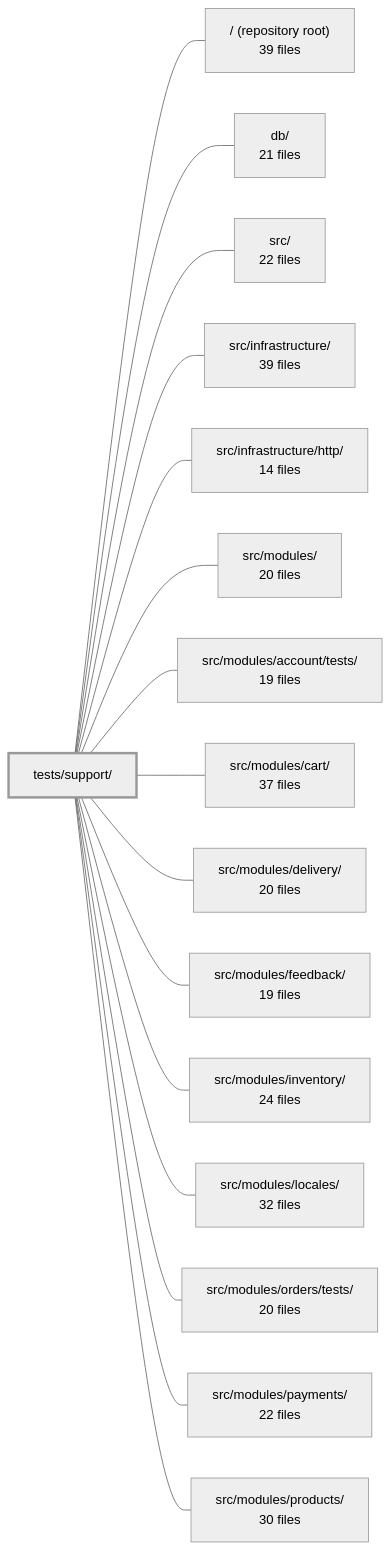
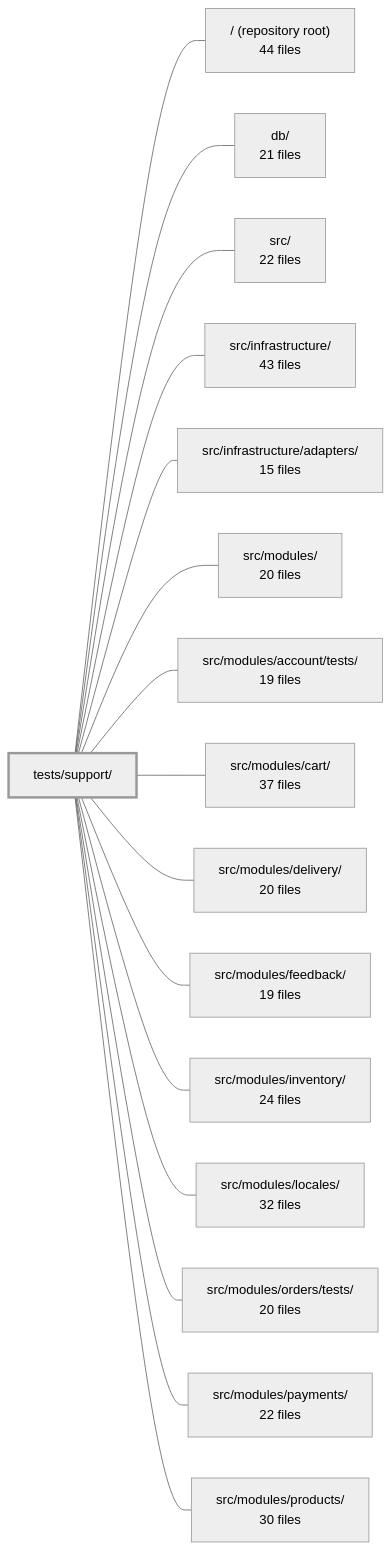
The diagram in .2repo/modules/boilerplate-node-backend_tests_support.md (Guebbit/boilerplate-node-backend), drawn with Mermaid (neutral theme) before and after one commit. The commit also changed other lines of this file and 625 other files, not shown here.

````diff
--- a/.2repo/modules/boilerplate-node-backend_tests_support.md
+++ b/.2repo/modules/boilerplate-node-backend_tests_support.md
@@ -40,35 +41,35 @@
 ```mermaid
 flowchart LR
     m_tests_support["tests/support/"]
-    m_root["/ (repository root)<br/>39 files"]
+    m_root["/ (repository root)<br/>44 files"]
     m_db["db/<br/>21 files"]
     m_src["src/<br/>22 files"]
-    m_src_infrastructure["src/infrastructure/<br/>39 files"]
-    m_src_infrastructure_http["src/infrastructure/http/<br/>14 files"]
+    m_src_infrastructure["src/infrastructure/<br/>43 files"]
+    m_src_infrastructure_adapters["src/infrastructure/adapters/<br/>15 files"]
     m_src_modules["src/modules/<br/>20 files"]
     m_src_modules_account_tests["src/modules/account/tests/<br/>19 files"]
     m_src_modules_cart["src/modules/cart/<br/>37 files"]
     m_src_modules_delivery["src/modules/delivery/<br/>20 files"]
     m_src_modules_feedback["src/modules/feedback/<br/>19 files"]
     m_src_modules_inventory["src/modules/inventory/<br/>24 files"]
     m_src_modules_locales["src/modules/locales/<br/>32 files"]
     m_src_modules_orders_tests["src/modules/orders/tests/<br/>20 files"]
     m_src_modules_payments["src/modules/payments/<br/>22 files"]
     m_src_modules_products["src/modules/products/<br/>30 files"]
     m_tests_support --- m_root
     m_tests_support --- m_db
     m_tests_support --- m_src
     m_tests_support --- m_src_infrastructure
-    m_tests_support --- m_src_infrastructure_http
+    m_tests_support --- m_src_infrastructure_adapters
     m_tests_support --- m_src_modules
     m_tests_support --- m_src_modules_account_tests
     m_tests_support --- m_src_modules_cart
     m_tests_support --- m_src_modules_delivery
     m_tests_support --- m_src_modules_feedback
     m_tests_support --- m_src_modules_inventory
     m_tests_support --- m_src_modules_locales
     m_tests_support --- m_src_modules_orders_tests
     m_tests_support --- m_src_modules_payments
     m_tests_support --- m_src_modules_products
     style m_tests_support stroke-width:3px
 ```
````
